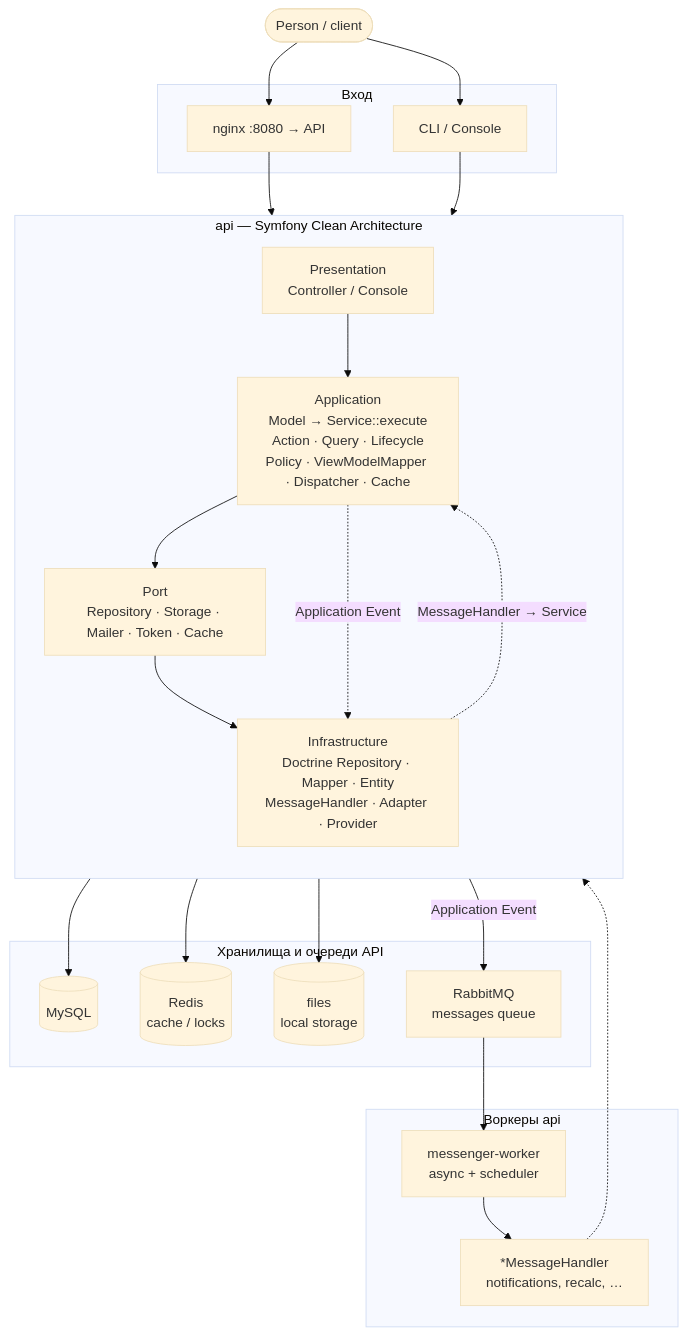
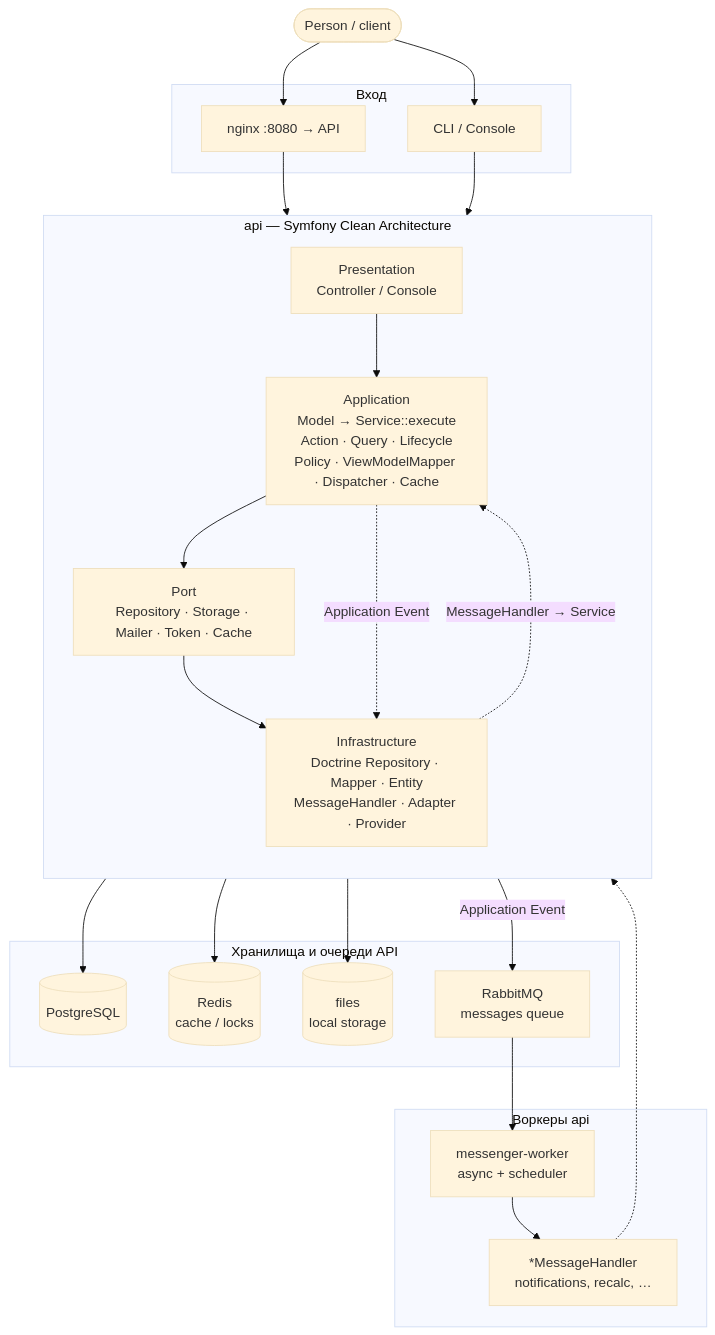
One commit to Kanunik71/php-sym-cln-arch-simple changed the diagram in README.md. Above: the diagram before and after it, drawn with Mermaid (base theme). The commit also changed other lines of this file and 23 other files, not shown here.

````diff
--- a/README.md
+++ b/README.md
@@ -148,50 +148,50 @@
 ```mermaid
 flowchart TB
   Human([Person / client])
 
   subgraph Edge["Вход"]
     NG8080["nginx :8080 → API"]
     CLI["CLI / Console"]
   end
 
   Human --> NG8080
   Human --> CLI
 
   subgraph API["api — Symfony Clean Architecture"]
     direction TB
     Pres["Presentation<br/>Controller / Console"]
     App["Application<br/>Model → Service::execute<br/>Action · Query · Lifecycle<br/>Policy · ViewModelMapper · Dispatcher · Cache"]
     Port["Port<br/>Repository · Storage · Mailer · Token · Cache"]
     Infra["Infrastructure<br/>Doctrine Repository · Mapper · Entity<br/>MessageHandler · Adapter · Provider"]
 
     Pres --> App
     App --> Port
     Port --> Infra
     App -.->|Application Event| Infra
     Infra -.->|MessageHandler → Service| App
   end
 
   NG8080 --> Pres
   CLI --> Pres
 
   subgraph InfraStore["Хранилища и очереди API"]
-    MySQL[(MySQL)]
+    PostgreSQL[(PostgreSQL)]
     Redis[(Redis<br/>cache / locks)]
     FS[("files<br/>local storage")]
     RMQ_async["RabbitMQ<br/>messages queue"]
   end
 
-  Infra --> MySQL
+  Infra --> PostgreSQL
   Infra --> Redis
   Infra --> FS
   Infra -->|Application Event| RMQ_async
 
   subgraph WorkersAPI["Воркеры api"]
     MW["messenger-worker<br/>async + scheduler"]
     SideFx["*MessageHandler<br/>notifications, recalc, …"]
   end
 
   RMQ_async --> MW
   MW --> SideFx
   SideFx -.-> App
 ```
````
